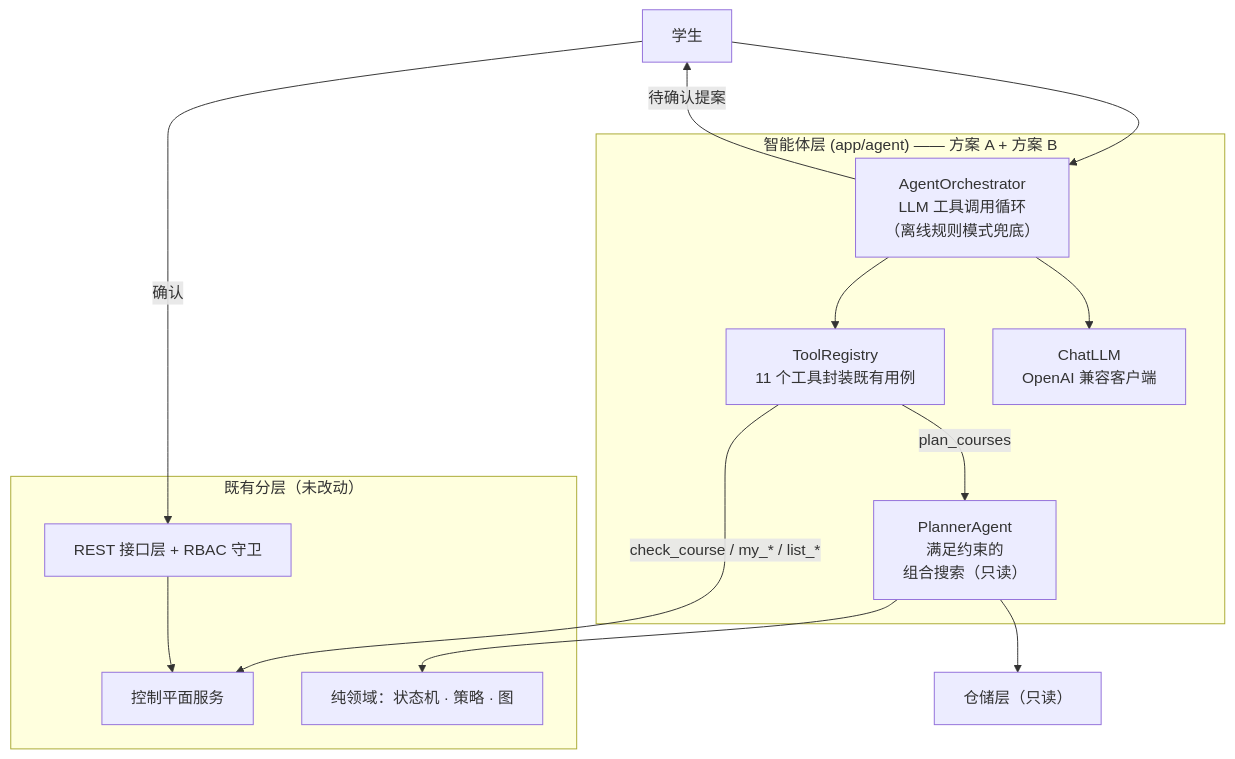
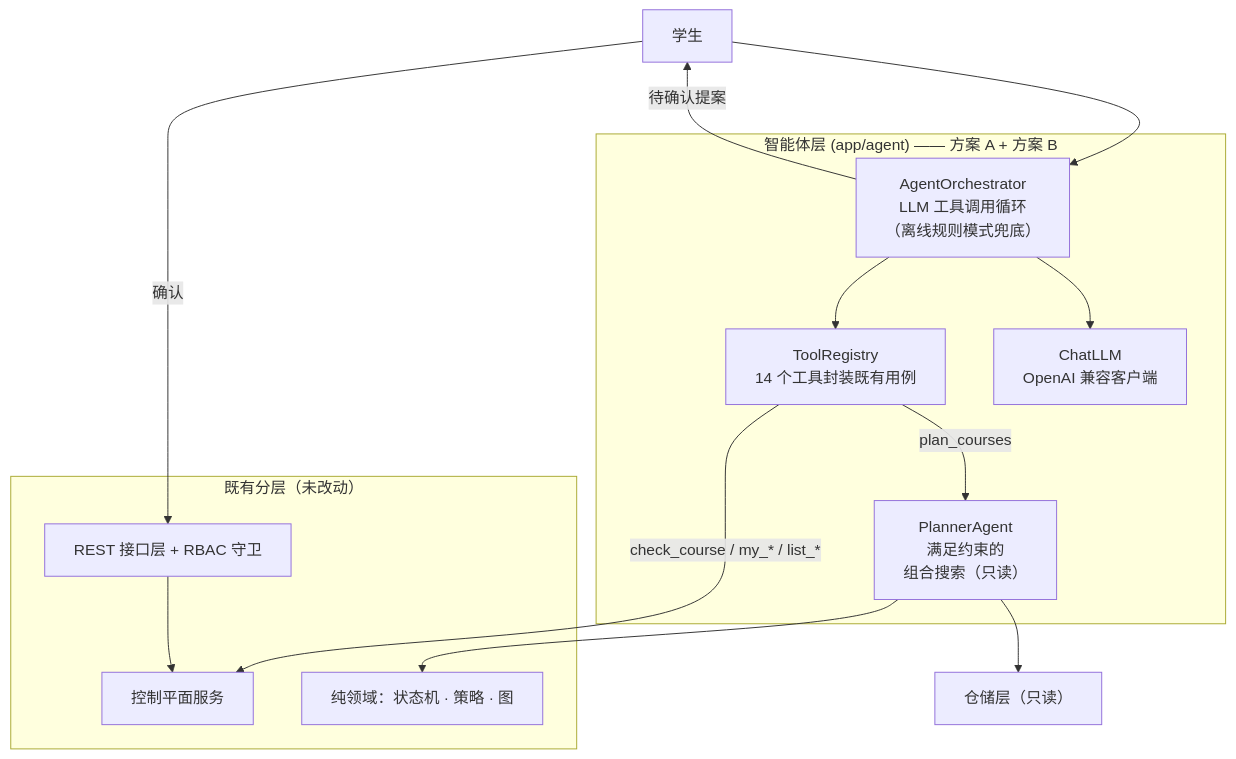
Before and after one commit to yuedu16night/courseflow: the sixth of 7 diagrams in docs/report.md, drawn with Mermaid. The commit also changed other lines of this file and 24 other files, not shown here.

````diff
--- a/docs/report.md
+++ b/docs/report.md
@@ -252,26 +284,26 @@
 ```mermaid
 flowchart TB
     USER["学生"]
     subgraph AgentLayer["智能体层 (app/agent) —— 方案 A + 方案 B"]
         ORCH["AgentOrchestrator<br/>LLM 工具调用循环<br/>（离线规则模式兜底）"]
-        TOOLS["ToolRegistry<br/>11 个工具封装既有用例"]
+        TOOLS["ToolRegistry<br/>14 个工具封装既有用例"]
         PLAN["PlannerAgent<br/>满足约束的<br/>组合搜索（只读）"]
         LLM["ChatLLM<br/>OpenAI 兼容客户端"]
     end
     subgraph Existing["既有分层（未改动）"]
         API["REST 接口层 + RBAC 守卫"]
         SVC["控制平面服务"]
         DOM["纯领域：状态机 · 策略 · 图"]
     end
 
     USER --> ORCH
     ORCH --> LLM
     ORCH --> TOOLS
     TOOLS -- "plan_courses" --> PLAN
     TOOLS -- "check_course / my_* / list_*" --> SVC
     PLAN --> DOM
     PLAN --> REPO2["仓储层（只读）"]
     ORCH -- "待确认提案" --> USER
     USER -- "确认" --> API
     API --> SVC
 ```
````
